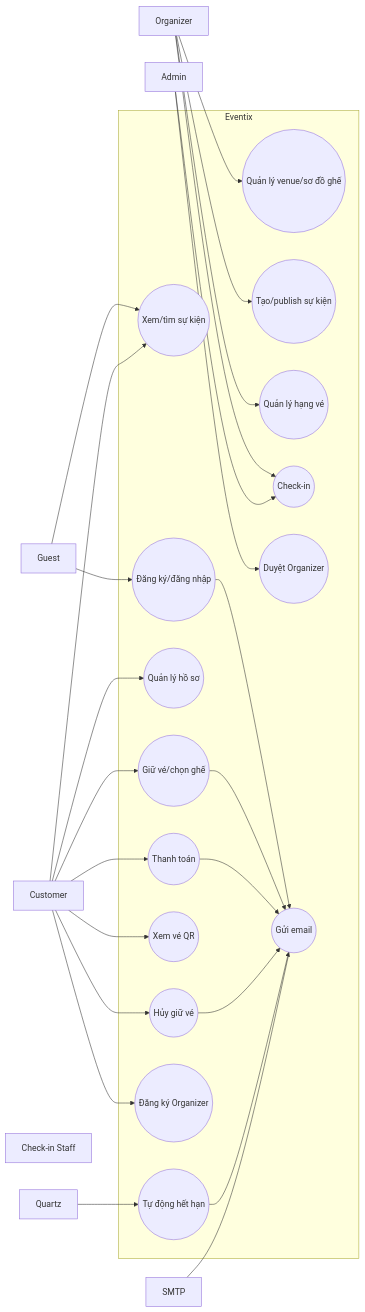
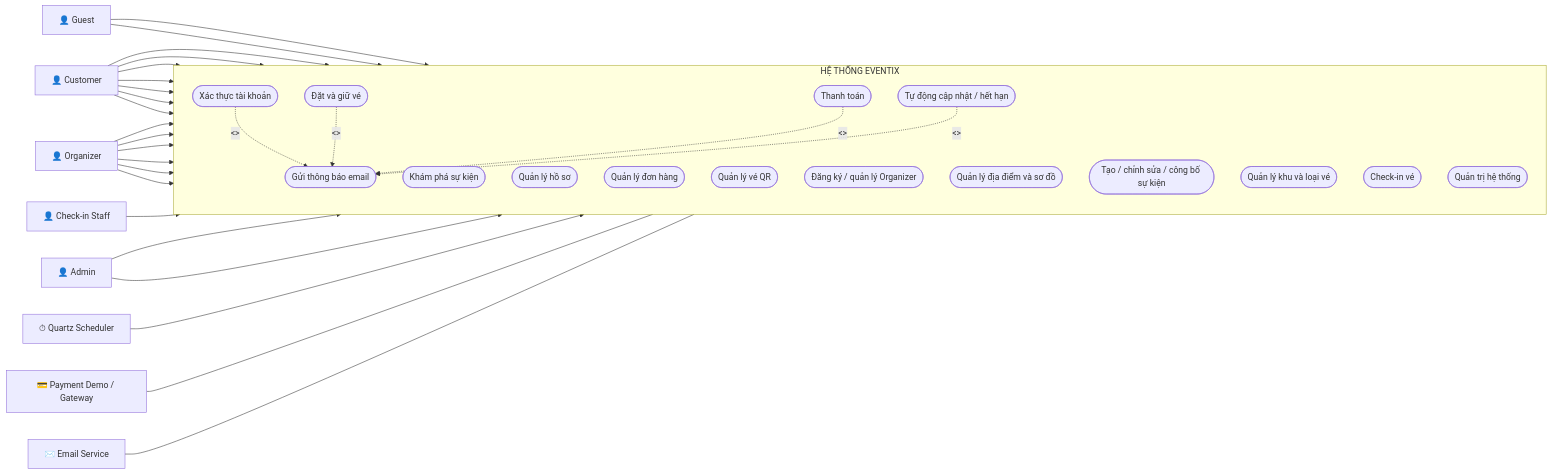
Before and after one commit to payyyyy326/eventix: the first of 6 diagrams in BACKEND/Eventix/docs/03-actors-use-cases.md, drawn with Mermaid. The commit also changed other lines of this file and 24 other files, not shown here.

````diff
--- a/BACKEND/Eventix/docs/03-actors-use-cases.md
+++ b/BACKEND/Eventix/docs/03-actors-use-cases.md
@@ -37,51 +54,57 @@
 ```mermaid
 flowchart LR
-    G[Guest]
-    C[Customer]
-    O[Organizer]
-    A[Admin]
-    S[Check-in Staff]
-    Q[Quartz]
-    M[SMTP]
+    Guest["👤 Guest"]
+    Customer["👤 Customer"]
+    Organizer["👤 Organizer"]
+    Staff["👤 Check-in Staff"]
+    Admin["👤 Admin"]
+    Mail["✉️ Email Service"]
+    Scheduler["⏱ Quartz Scheduler"]
+    PaymentGateway["💳 Payment Demo / Gateway"]
 
-    subgraph Eventix
-        UC1((Xem/tìm sự kiện))
-        UC2((Đăng ký/đăng nhập))
-        UC3((Quản lý hồ sơ))
-        UC4((Giữ vé/chọn ghế))
-        UC5((Thanh toán))
-        UC6((Xem vé QR))
-        UC7((Hủy giữ vé))
-        UC8((Đăng ký Organizer))
-        UC9((Quản lý venue/sơ đồ ghế))
-        UC10((Tạo/publish sự kiện))
-        UC11((Quản lý hạng vé))
-        UC12((Check-in))
-        UC13((Duyệt Organizer))
-        UC14((Tự động hết hạn))
-        UC15((Gửi email))
+    subgraph Eventix["HỆ THỐNG EVENTIX"]
+        direction TB
+        Auth(["Xác thực tài khoản"])
+        Discover(["Khám phá sự kiện"])
+        Profile(["Quản lý hồ sơ"])
+        Booking(["Đặt và giữ vé"])
+        Orders(["Quản lý đơn hàng"])
+        Payment(["Thanh toán"])
+        Tickets(["Quản lý vé QR"])
+        OrganizerProfile(["Đăng ký / quản lý Organizer"])
+        Venue(["Quản lý địa điểm và sơ đồ"])
+        Events(["Tạo / chỉnh sửa / công bố sự kiện"])
+        TicketTypes(["Quản lý khu và loại vé"])
+        CheckIn(["Check-in vé"])
+        AdminData(["Quản trị hệ thống"])
+        Expiration(["Tự động cập nhật / hết hạn"])
+        Notification(["Gửi thông báo email"])
     end
 
-    G --> UC1
-    G --> UC2
-    C --> UC1
-    C --> UC3
-    C --> UC4
-    C --> UC5
-    C --> UC6
-    C --> UC7
-    C --> UC8
-    O --> UC9
-    O --> UC10
-    O --> UC11
-    O --> UC12
-    A --> UC13
-    A --> UC12
-    Q --> UC14
-    UC2 --> UC15
-    UC4 --> UC15
-    UC5 --> UC15
-    UC7 --> UC15
-    UC14 --> UC15
-    M --- UC15
+    Guest --> Auth
+    Guest --> Discover
+    Customer --> Discover
+    Customer --> Profile
+    Customer --> Booking
+    Customer --> Orders
+    Customer --> Payment
+    Customer --> Tickets
+    Customer --> OrganizerProfile
+    Organizer --> Profile
+    Organizer --> OrganizerProfile
+    Organizer --> Venue
+    Organizer --> Events
+    Organizer --> TicketTypes
+    Organizer --> CheckIn
+    Staff --> CheckIn
+    Admin --> AdminData
+    Admin --> CheckIn
+    Scheduler --> Expiration
+    PaymentGateway --- Payment
+    Mail --- Notification
+
+    Auth -.->|"<<include>>"| Notification
+    Booking -.->|"<<include>>"| Notification
+    Payment -.->|"<<include>>"| Notification
+    Expiration -.->|"<<include>>"| Notification
 ```
````
